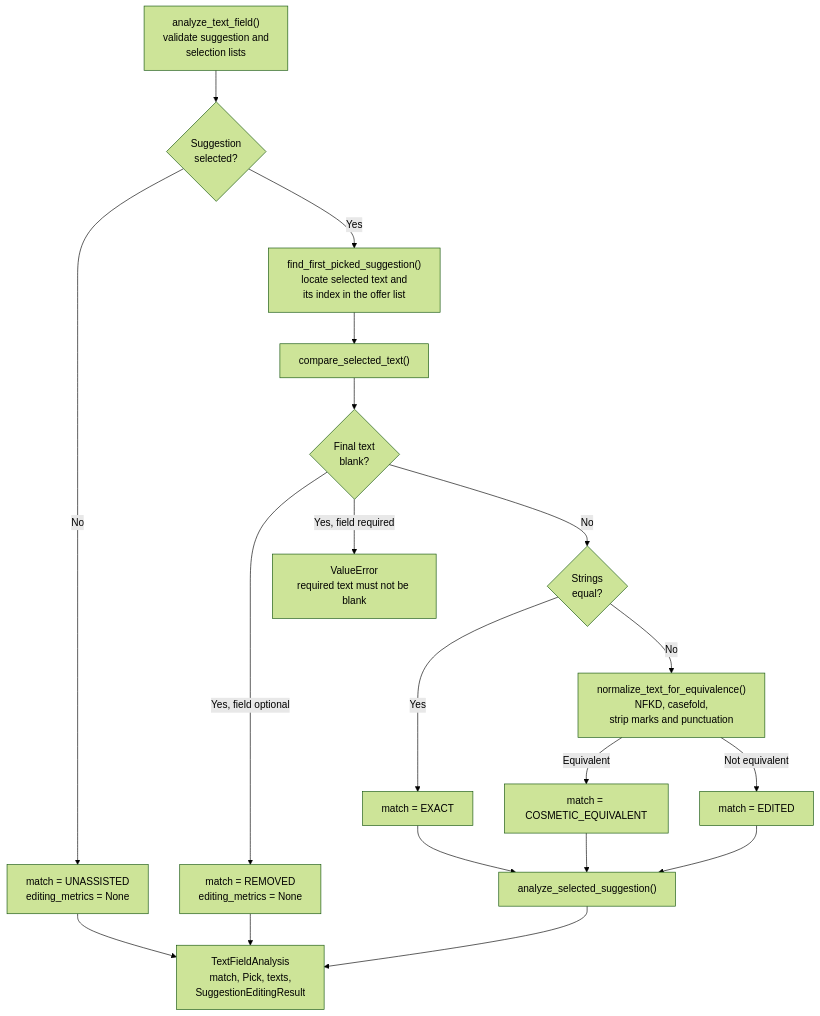
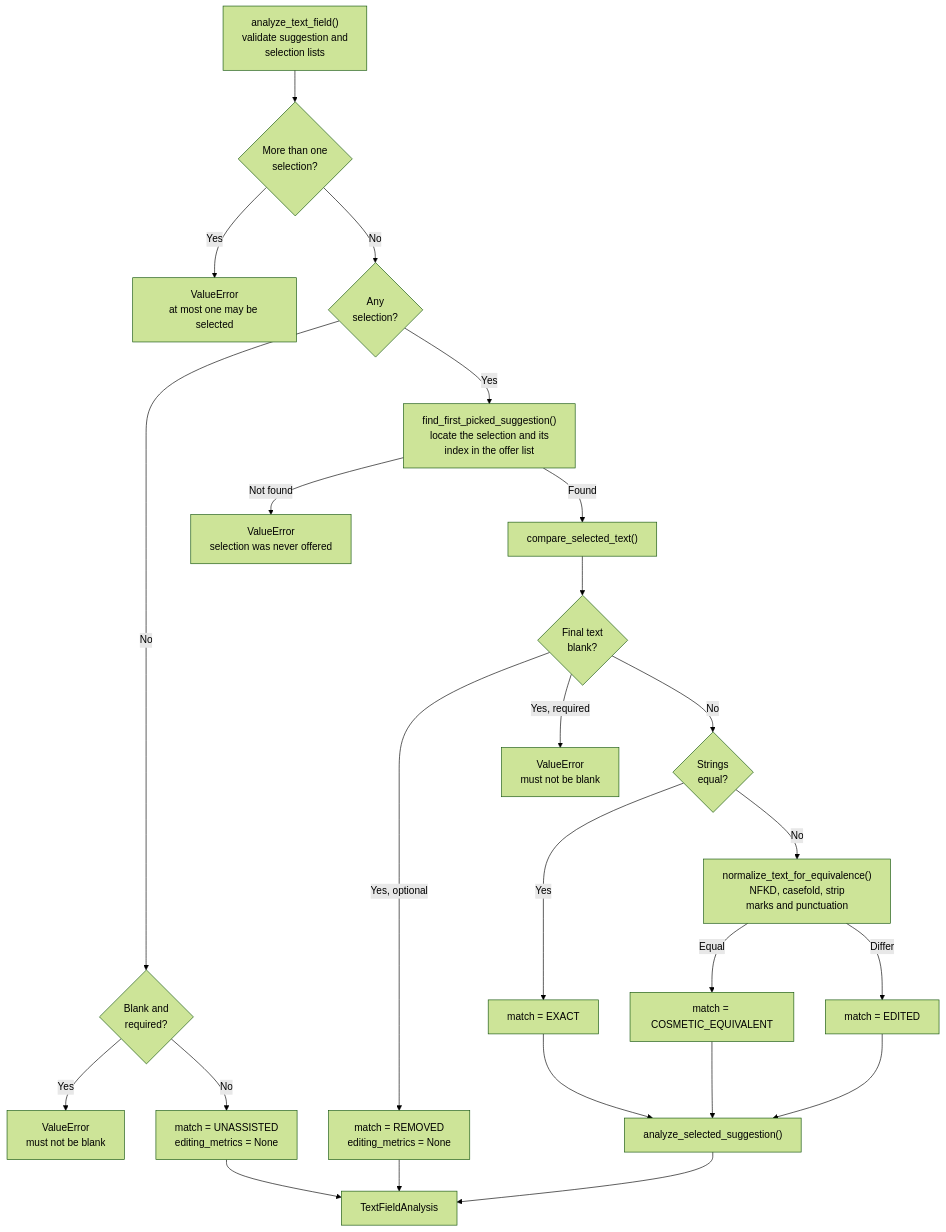
Before and after one commit to umich-michr/michr-scripts: the fourth of 8 diagrams in docs/program-flow.md, drawn with Mermaid (forest theme). The commit also changed other lines of this file, not shown here.

Commit message:
docs: revise program flow for the narrowed library scope

````diff
--- a/docs/program-flow.md
+++ b/docs/program-flow.md
@@ -125,32 +119,36 @@
 ```mermaid
 flowchart TB
     START["analyze_text_field()<br/>validate suggestion and<br/>selection lists"]
-    SELECTED{"Suggestion<br/>selected?"}
+    MULTI{"More than one<br/>selection?"}
 
-    START --> SELECTED
+    START --> MULTI
+    MULTI -->|Yes| E_MULTI["ValueError<br/>at most one may be selected"]
+    MULTI -->|No| SELECTED{"Any<br/>selection?"}
 
-    SELECTED -->|No| UNASSISTED["match = UNASSISTED<br/>editing_metrics = None"]
-    SELECTED -->|Yes| FIND["find_first_picked_suggestion()<br/>locate selected text and<br/>its index in the offer list"]
+    SELECTED -->|No| REQ{"Blank and<br/>required?"}
+    REQ -->|Yes| E_BLANK["ValueError<br/>must not be blank"]
+    REQ -->|No| UNASSISTED["match = UNASSISTED<br/>editing_metrics = None"]
 
-    FIND --> COMPARE["compare_selected_text()"]
+    SELECTED -->|Yes| FIND["find_first_picked_suggestion()<br/>locate the selection and its<br/>index in the offer list"]
+    FIND -->|Not found| E_OFFER["ValueError<br/>selection was never offered"]
+    FIND -->|Found| COMPARE["compare_selected_text()"]
+
     COMPARE --> BLANK{"Final text<br/>blank?"}
-
-    BLANK -->|"Yes, field optional"| REMOVED["match = REMOVED<br/>editing_metrics = None"]
-    BLANK -->|"Yes, field required"| ERROR["ValueError<br/>required text must not be blank"]
+    BLANK -->|"Yes, optional"| REMOVED["match = REMOVED<br/>editing_metrics = None"]
+    BLANK -->|"Yes, required"| E_REQ["ValueError<br/>must not be blank"]
     BLANK -->|No| EXACT{"Strings<br/>equal?"}
 
     EXACT -->|Yes| M_EXACT["match = EXACT"]
-    EXACT -->|No| COSMETIC["normalize_text_for_equivalence()<br/>NFKD, casefold,<br/>strip marks and punctuation"]
+    EXACT -->|No| COSMETIC["normalize_text_for_equivalence()<br/>NFKD, casefold, strip<br/>marks and punctuation"]
 
-    COSMETIC -->|Equivalent| M_COSMETIC["match = COSMETIC_EQUIVALENT"]
-    COSMETIC -->|Not equivalent| M_EDITED["match = EDITED"]
+    COSMETIC -->|Equal| M_COSMETIC["match = COSMETIC_EQUIVALENT"]
+    COSMETIC -->|Differ| M_EDITED["match = EDITED"]
 
-    M_EXACT --> METRICS
+    M_EXACT --> METRICS["analyze_selected_suggestion()"]
     M_COSMETIC --> METRICS
     M_EDITED --> METRICS
 
-    METRICS["analyze_selected_suggestion()"]
-    METRICS --> RESULT["TextFieldAnalysis<br/>match, Pick, texts,<br/>SuggestionEditingResult"]
+    METRICS --> RESULT["TextFieldAnalysis"]
     UNASSISTED --> RESULT
     REMOVED --> RESULT
 ```
````
